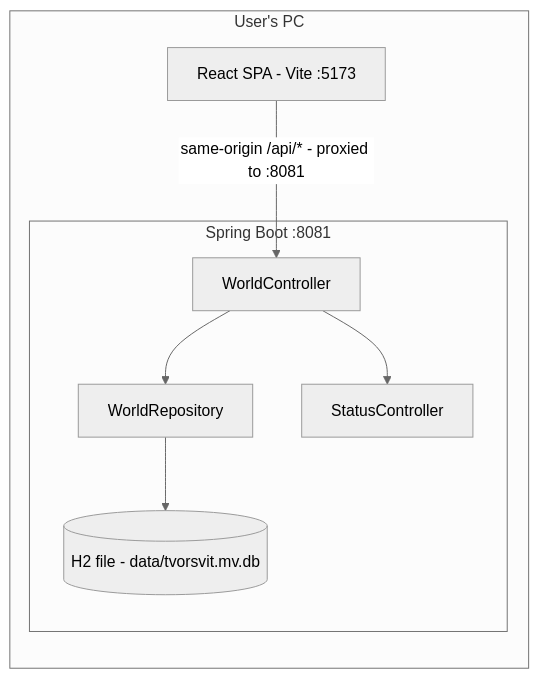
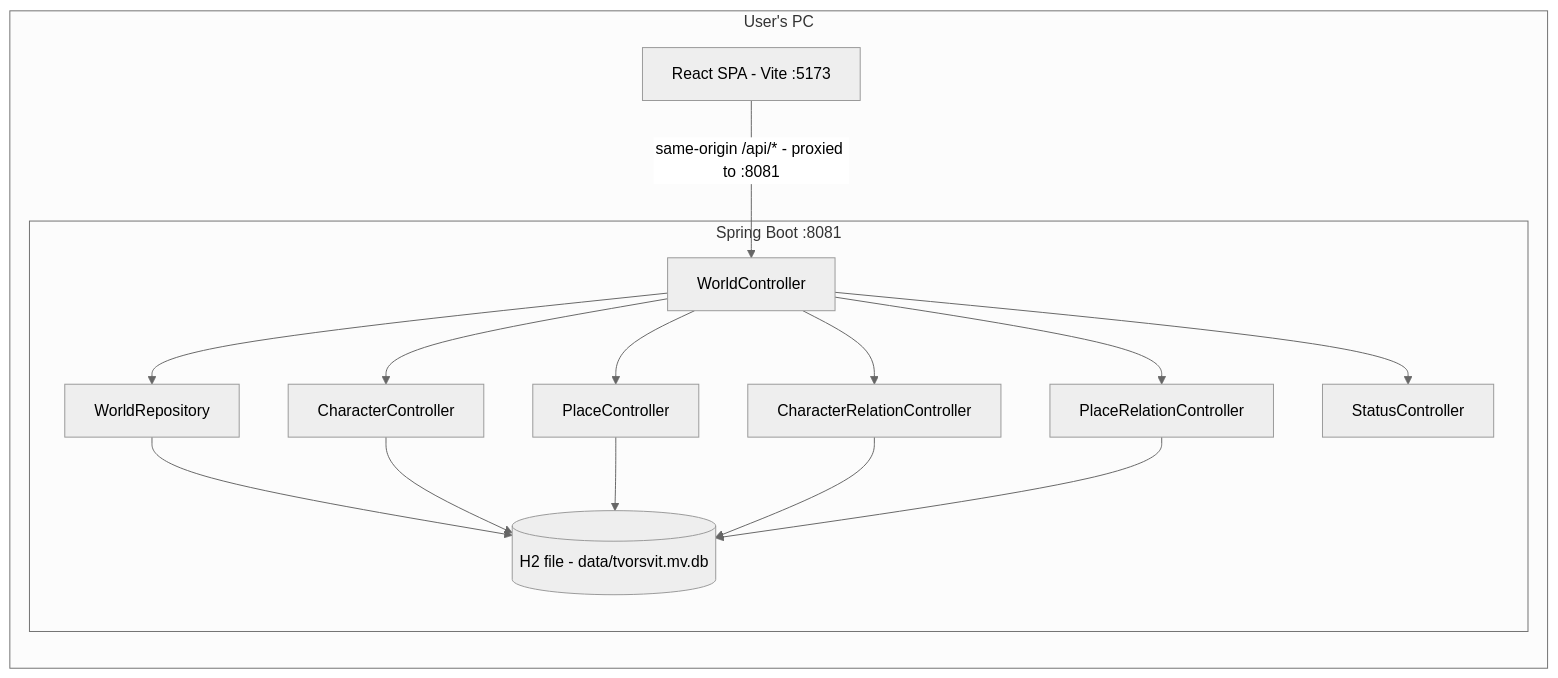
The diagram in README.md (lirriya/Tvorsvit), drawn with Mermaid (neutral theme) before and after one commit. The commit also changed other lines of this file and 18 other files, not shown here.

````diff
--- a/README.md
+++ b/README.md
@@ -34,11 +34,19 @@
 ```mermaid
 flowchart LR
     subgraph PC [User's PC]
         F[React SPA - Vite :5173] -->|same-origin /api/* - proxied to :8081| B
         subgraph BE [Spring Boot :8081]
             B[WorldController] --> R[WorldRepository]
+            B --> CC[CharacterController]
+            B --> PCc[PlaceController]
+            B --> CR[CharacterRelationController]
+            B --> PR[PlaceRelationController]
+            B --> S[StatusController]
             R --> DB[(H2 file - data/tvorsvit.mv.db)]
-            B --> S[StatusController]
+            CC --> DB
+            PCc --> DB
+            CR --> DB
+            PR --> DB
         end
     end
 ```
````
